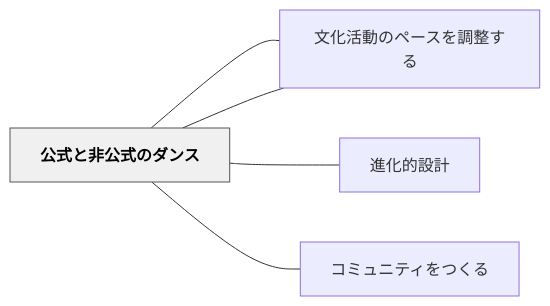
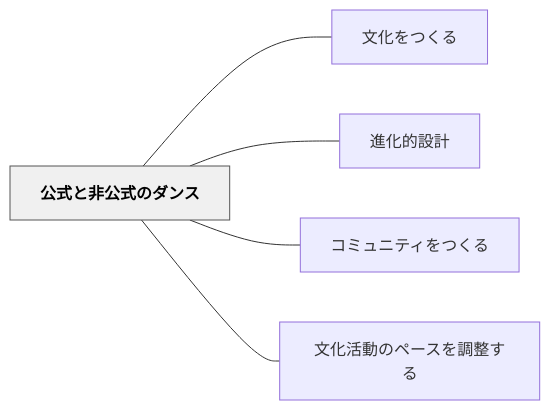
One commit to unknownthings-ed-patterns/unknownthings-ed-patterns changed the diagram in content/パタン/公式と非公式のダンス.md. Above: the diagram before and after it, drawn with Mermaid. The commit also changed 527 other files, not shown here.

````diff
--- a/content/パタン/公式と非公式のダンス.md
+++ b/content/パタン/公式と非公式のダンス.md
@@ -52,16 +52,16 @@
 ```mermaid
 flowchart LR
-    ne585ace5bc8f["公式と非公式のダンス"]
-    ne69687e58c96["文化をつくる"]
-    ne980b2e58c96["進化的設計"]
-    ne382b3e3839f["コミュニティをつくる"]
-    ne69687e58c96["文化活動のペースを調整する"]
+    ne585ace5bc8fe381a8e99d9ee585ace5bc8fe381aee38380e383b3e382b9["公式と非公式のダンス"]
+    ne69687e58c96e38292e381a4e3818fe3828b["文化をつくる"]
+    ne980b2e58c96e79a84e8a8ade8a888["進化的設計"]
+    ne382b3e3839fe383a5e3838be38386e382a3e38292e381a4e3818fe3828b["コミュニティをつくる"]
+    ne69687e58c96e6b4bbe58b95e381aee3839ae383bce382b9e38292e8aabfe695b4e38199e3828b["文化活動のペースを調整する"]
 
-    ne585ace5bc8f --- ne69687e58c96
-    ne585ace5bc8f --- ne980b2e58c96
-    ne585ace5bc8f --- ne382b3e3839f
-    ne585ace5bc8f --- ne69687e58c96
+    ne585ace5bc8fe381a8e99d9ee585ace5bc8fe381aee38380e383b3e382b9 --- ne69687e58c96e38292e381a4e3818fe3828b
+    ne585ace5bc8fe381a8e99d9ee585ace5bc8fe381aee38380e383b3e382b9 --- ne980b2e58c96e79a84e8a8ade8a888
+    ne585ace5bc8fe381a8e99d9ee585ace5bc8fe381aee38380e383b3e382b9 --- ne382b3e3839fe383a5e3838be38386e382a3e38292e381a4e3818fe3828b
+    ne585ace5bc8fe381a8e99d9ee585ace5bc8fe381aee38380e383b3e382b9 --- ne69687e58c96e6b4bbe58b95e381aee3839ae383bce382b9e38292e8aabfe695b4e38199e3828b
 
     classDef hub fill:#f0f0f0,stroke:#555,color:#000,font-weight:bold
-    class ne585ace5bc8f hub
+    class ne585ace5bc8fe381a8e99d9ee585ace5bc8fe381aee38380e383b3e382b9 hub
 ```
````
